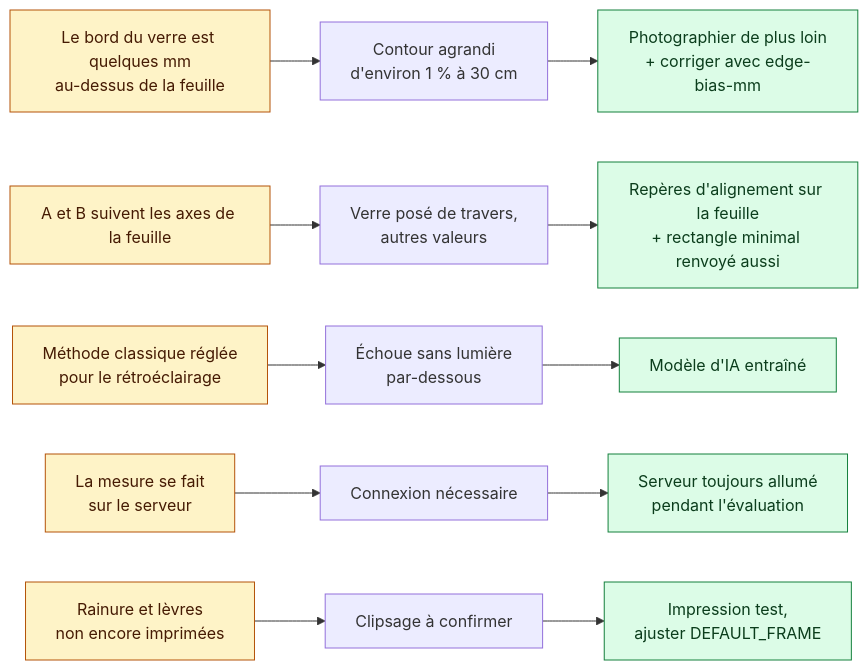
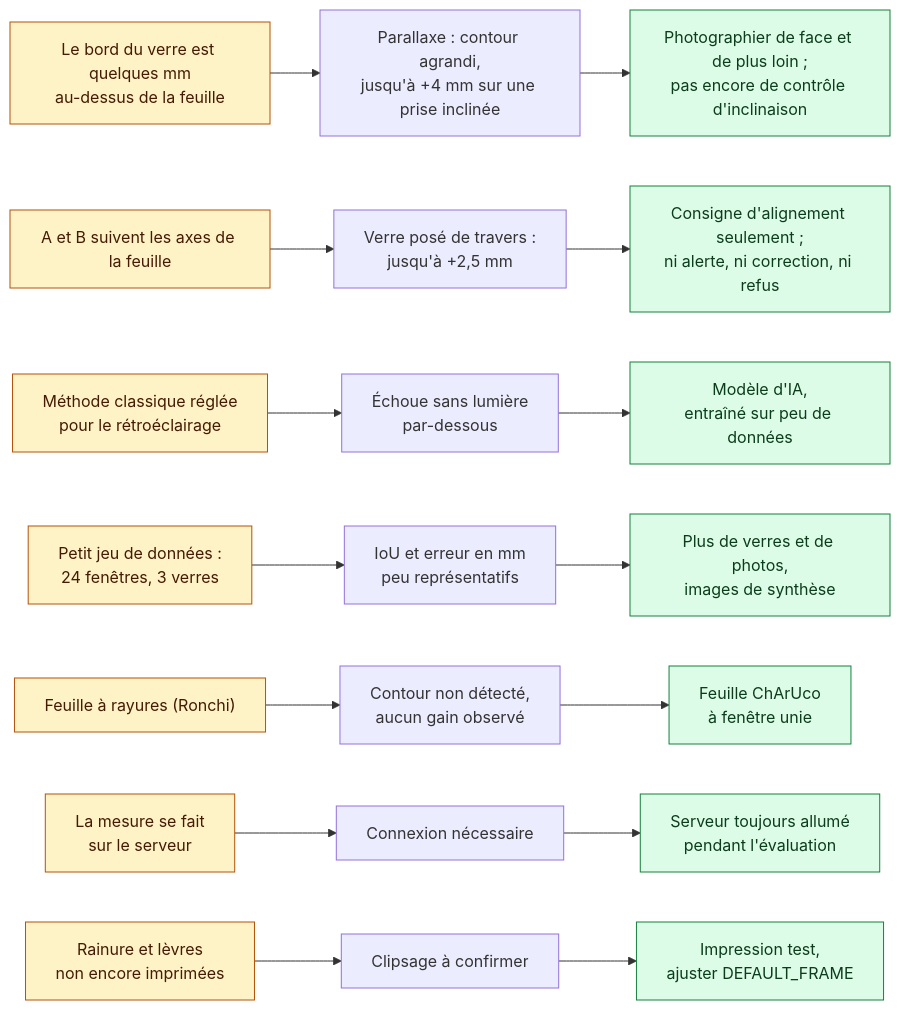
One commit to CodeMLYummy/optiframe changed the third of 3 diagrams in docs/validation.md. Above: the diagram before and after it, drawn with Mermaid. The commit also changed other lines of this file, not shown here.

Commit message:
docs: known limits for rotated lenses, parallax, Ronchi and the dataset
The app only asks to align the lens: no warning, auto-fix or rejection
when it is rotated. Tilted shots add parallax (up to +4 mm) and are not
checked. The Ronchi sheets did not help. The model's IoU and mm error
come from 24 windows of 3 lenses.

````diff
--- a/docs/validation.md
+++ b/docs/validation.md
@@ -107,13 +107,15 @@
 ```mermaid
 flowchart LR
-    L1["Le bord du verre est quelques mm<br/>au-dessus de la feuille"] --> I1["Contour agrandi<br/>d'environ 1 % à 30 cm"] --> F1["Photographier de plus loin<br/>+ corriger avec edge-bias-mm"]
-    L2["A et B suivent les axes de la feuille"] --> I2["Verre posé de travers,<br/>autres valeurs"] --> F2["Repères d'alignement sur la feuille<br/>+ rectangle minimal renvoyé aussi"]
-    L3["Méthode classique réglée<br/>pour le rétroéclairage"] --> I3["Échoue sans lumière<br/>par-dessous"] --> F3["Modèle d'IA entraîné"]
-    L4["La mesure se fait<br/>sur le serveur"] --> I4["Connexion nécessaire"] --> F4["Serveur toujours allumé<br/>pendant l'évaluation"]
-    L5["Rainure et lèvres<br/>non encore imprimées"] --> I5["Clipsage à confirmer"] --> F5["Impression test,<br/>ajuster DEFAULT_FRAME"]
+    L1["Le bord du verre est quelques mm<br/>au-dessus de la feuille"] --> I1["Parallaxe : contour agrandi,<br/>jusqu'à +4 mm sur une prise inclinée"] --> F1["Photographier de face et de plus loin ;<br/>pas encore de contrôle d'inclinaison"]
+    L2["A et B suivent les axes de la feuille"] --> I2["Verre posé de travers :<br/>jusqu'à +2,5 mm"] --> F2["Consigne d'alignement seulement ;<br/>ni alerte, ni correction, ni refus"]
+    L3["Méthode classique réglée<br/>pour le rétroéclairage"] --> I3["Échoue sans lumière<br/>par-dessous"] --> F3["Modèle d'IA,<br/>entraîné sur peu de données"]
+    L4["Petit jeu de données :<br/>24 fenêtres, 3 verres"] --> I4["IoU et erreur en mm<br/>peu représentatifs"] --> F4["Plus de verres et de photos,<br/>images de synthèse"]
+    L5["Feuille à rayures (Ronchi)"] --> I5["Contour non détecté,<br/>aucun gain observé"] --> F5["Feuille ChArUco<br/>à fenêtre unie"]
+    L6["La mesure se fait<br/>sur le serveur"] --> I6["Connexion nécessaire"] --> F6["Serveur toujours allumé<br/>pendant l'évaluation"]
+    L7["Rainure et lèvres<br/>non encore imprimées"] --> I7["Clipsage à confirmer"] --> F7["Impression test,<br/>ajuster DEFAULT_FRAME"]
 
     classDef cause fill:#fef3c7,stroke:#b45309,color:#451a03
     classDef fix fill:#dcfce7,stroke:#15803d,color:#0b3d1c
-    class L1,L2,L3,L4,L5 cause
-    class F1,F2,F3,F4,F5 fix
+    class L1,L2,L3,L4,L5,L6,L7 cause
+    class F1,F2,F3,F4,F5,F6,F7 fix
 ```
````
